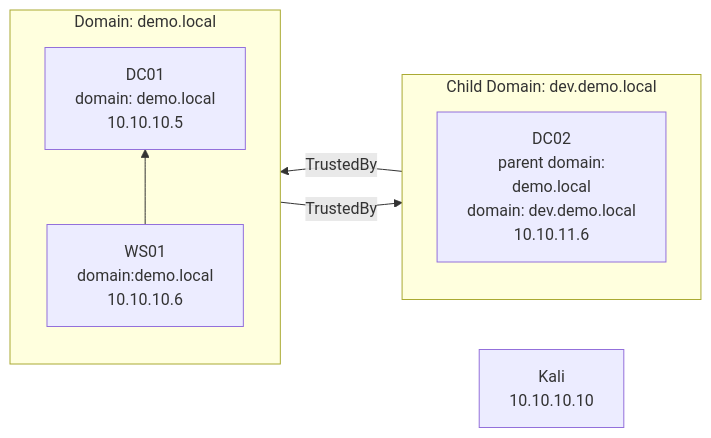
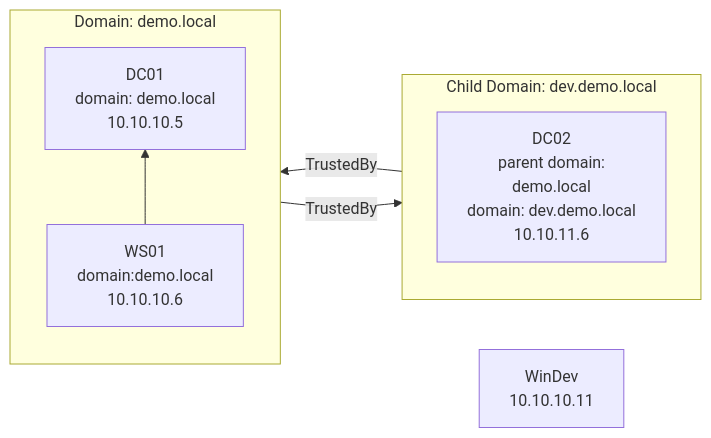
One commit to AlanFoster/ad-lab changed the diagram in README.md. Above: the diagram before and after it, drawn with Mermaid. The commit also changed other lines of this file and 11 other files, not shown here.

````diff
--- a/README.md
+++ b/README.md
@@ -33,23 +49,24 @@
 ```mermaid
 flowchart RL
     DC01[DC01\ndomain: demo.local\n10.10.10.5]
     WS01[WS01\ndomain:demo.local\n10.10.10.6]
 
     DC02[DC02\nparent domain:\n demo.local\ndomain: dev.demo.local\n10.10.11.6]
 
     Kali[Kali\n10.10.10.10]
+    Kali[WinDev\n10.10.10.11]
 
     subgraph demo.local [Domain: demo.local]
         direction BT
 
         DC01
         WS01 --> DC01
     end
 
     subgraph dev.demo.local [Child Domain: dev.demo.local]
         DC02
     end
 
    dev.demo.local --> |TrustedBy| demo.local
    demo.local --> |TrustedBy| dev.demo.local
 ```
````
